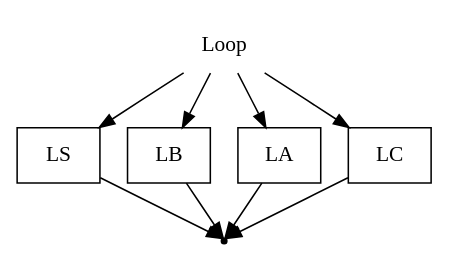
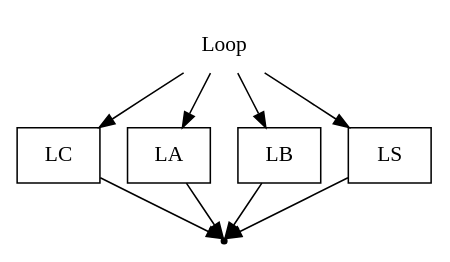
Before and after one commit to EgorGoluzin/DSL: the diagram in PSECO_NEW/wirth/Loop.gv, drawn with Graphviz. The commit also changed 7 other files, not shown here.

```diff
--- a/PSECO_NEW/wirth/Loop.gv
+++ b/PSECO_NEW/wirth/Loop.gv
@@ -1,16 +1,14 @@
-digraph LOOP {
+digraph Loop {
   start [label="Loop" shape=plaintext];
-  A [label="LS" shape=box];
-  B [label="LB" shape=box];
-  C [label="LA" shape=box];
-  D [label="LC" shape=box];
   end [label="" shape=point];
-  start -> D;
-  start -> C;
-  start -> B;
-  start -> A;
-  A -> end;
-  B -> end;
-  C -> end;
-  D -> end;
+
+  LC [label="LC" shape=box];
+  LA [label="LA" shape=box];
+  LB [label="LB" shape=box];
+  LS [label="LS" shape=box];
+
+  start -> LC; LC -> end;
+  start -> LA; LA -> end;
+  start -> LB; LB -> end;
+  start -> LS; LS -> end;
 }
```
